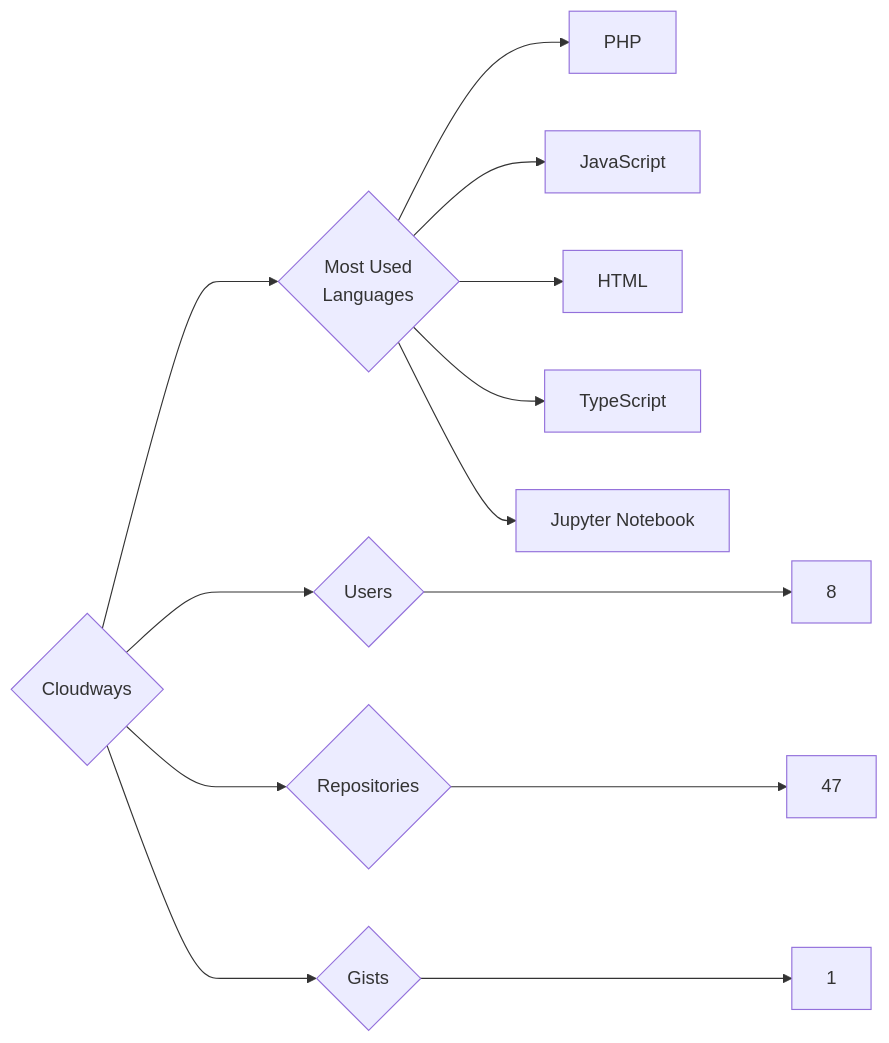
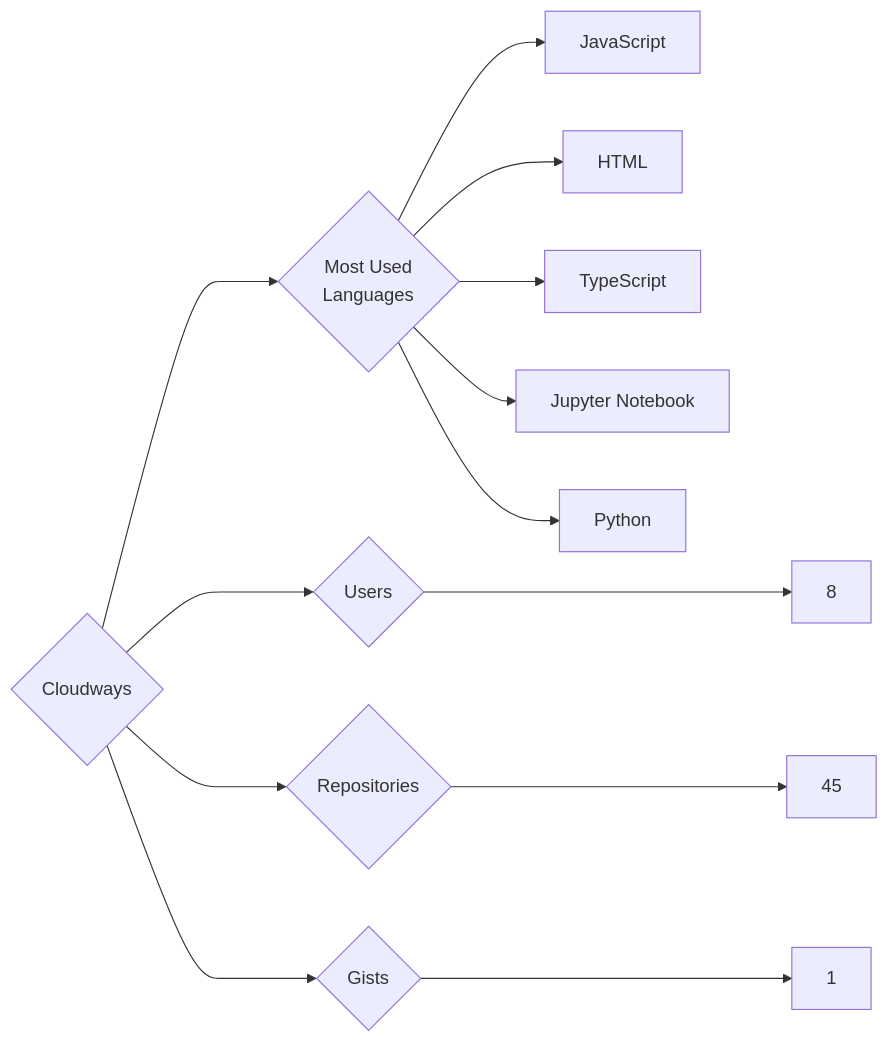
The diagram in targets/Cloudways/README.md (trickest/insiders), drawn with Mermaid before and after one commit. The commit also changed 927 other files, not shown here.

````diff
--- a/targets/Cloudways/README.md
+++ b/targets/Cloudways/README.md
@@ -3,13 +3,13 @@
 ```mermaid
 graph LR
 COMPANY_NAME{Cloudways}
 COMPANY_NAME ---> U{Users} ---> UN[8]
-COMPANY_NAME ---> R{Repositories} ---> RN[47]
+COMPANY_NAME ---> R{Repositories} ---> RN[45]
 COMPANY_NAME ---> G{Gists} ---> GN[1]
 COMPANY_NAME ---> ML{Most Used<br>Languages}
-ML --> PHP[PHP]
 ML --> JavaScript[JavaScript]
 ML --> HTML[HTML]
 ML --> TypeScript[TypeScript]
 ML --> Jupyter_Notebook[Jupyter Notebook]
+ML --> Python[Python]
 ```
````
